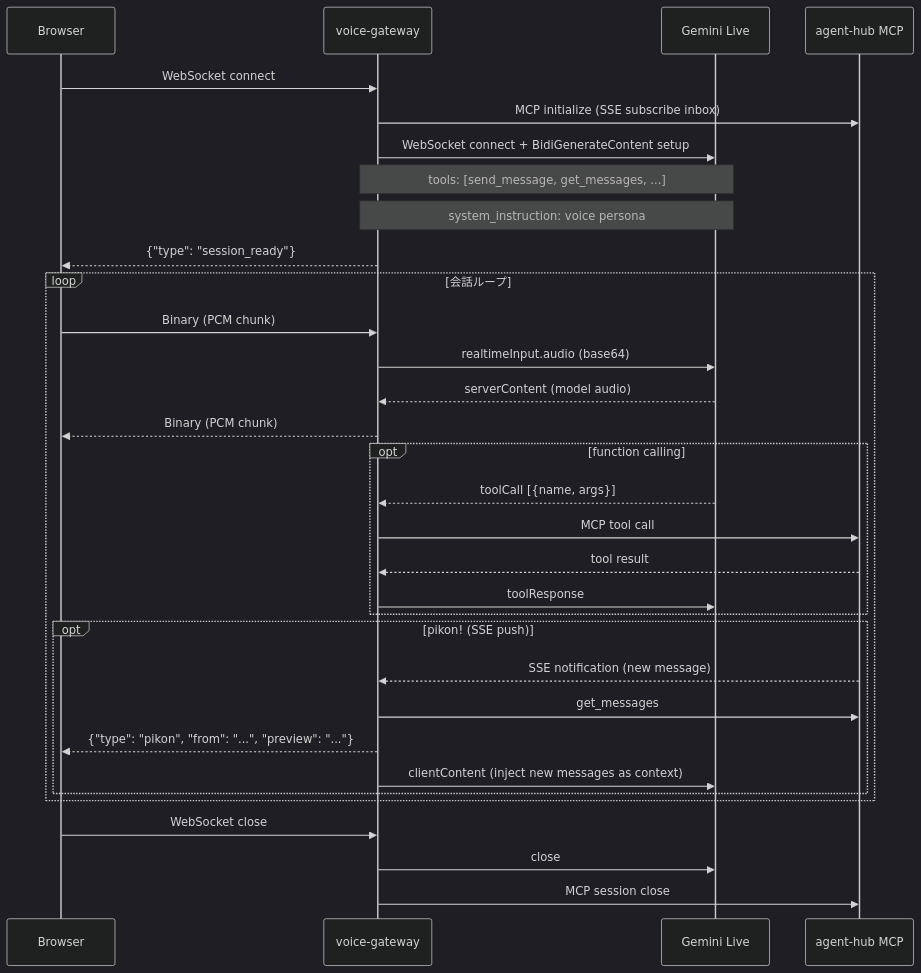
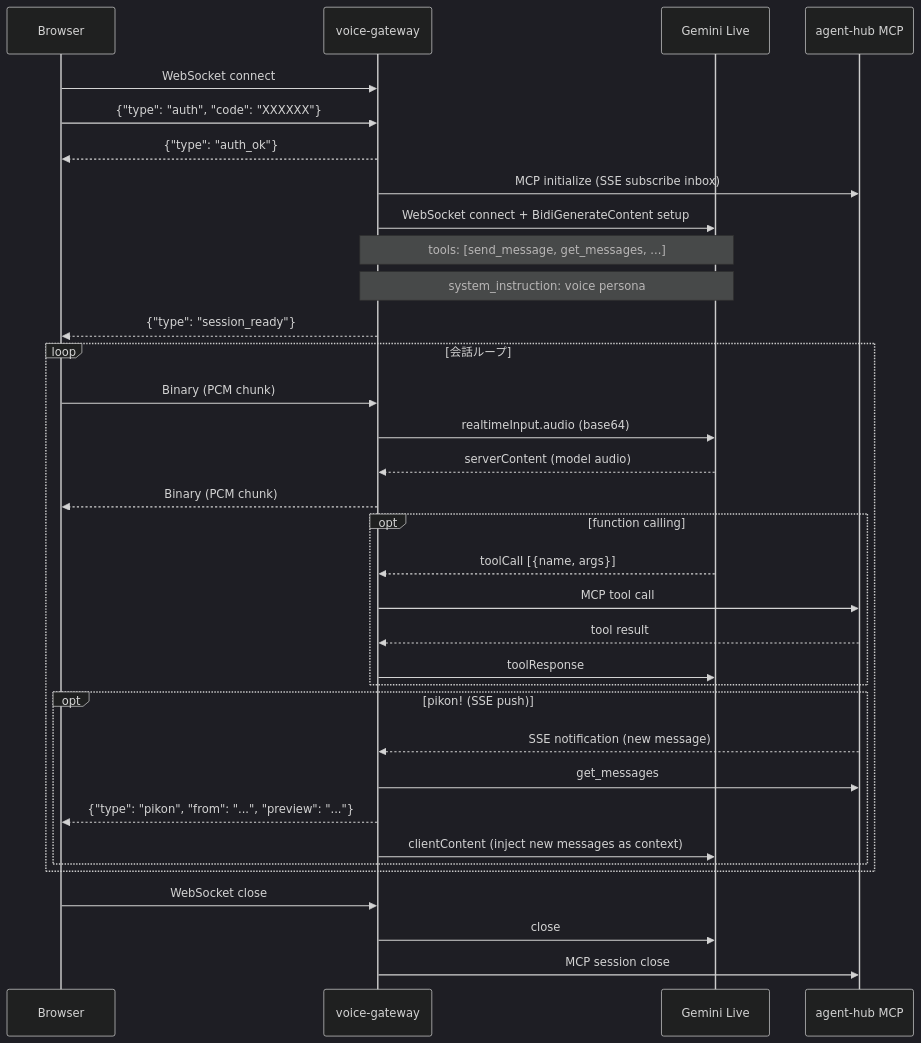
Before and after one commit to kishibashi3/agent-hub: the diagram in docs/voice-gateway.md, drawn with Mermaid (dark theme). The commit also changed other lines of this file and 1 other file, not shown here.

First line of the commit message:
fix: security — auth fallback & seq-diagram auth step (PR #226 Critical 2件)

````diff
--- a/docs/voice-gateway.md
+++ b/docs/voice-gateway.md
@@ -185,39 +186,41 @@
 ```mermaid
 sequenceDiagram
     participant B as Browser
     participant G as voice-gateway
     participant GL as Gemini Live
     participant AH as agent-hub MCP
 
     B->>G: WebSocket connect
+    B->>G: {"type": "auth", "code": "XXXXXX"}
+    G-->>B: {"type": "auth_ok"}
     G->>AH: MCP initialize (SSE subscribe inbox)
     G->>GL: WebSocket connect + BidiGenerateContent setup
     Note over G,GL: tools: [send_message, get_messages, ...]
     Note over G,GL: system_instruction: voice persona
     G-->>B: {"type": "session_ready"}
 
     loop 会話ループ
         B->>G: Binary (PCM chunk)
         G->>GL: realtimeInput.audio (base64)
         GL-->>G: serverContent (model audio)
         G-->>B: Binary (PCM chunk)
 
         opt function calling
             GL-->>G: toolCall [{name, args}]
             G->>AH: MCP tool call
             AH-->>G: tool result
             G->>GL: toolResponse
         end
 
         opt pikon! (SSE push)
             AH-->>G: SSE notification (new message)
             G->>AH: get_messages
             G-->>B: {"type": "pikon", "from": "...", "preview": "..."}
             G->>GL: clientContent (inject new messages as context)
         end
     end
 
     B->>G: WebSocket close
     G->>GL: close
     G->>AH: MCP session close
 ```
````
